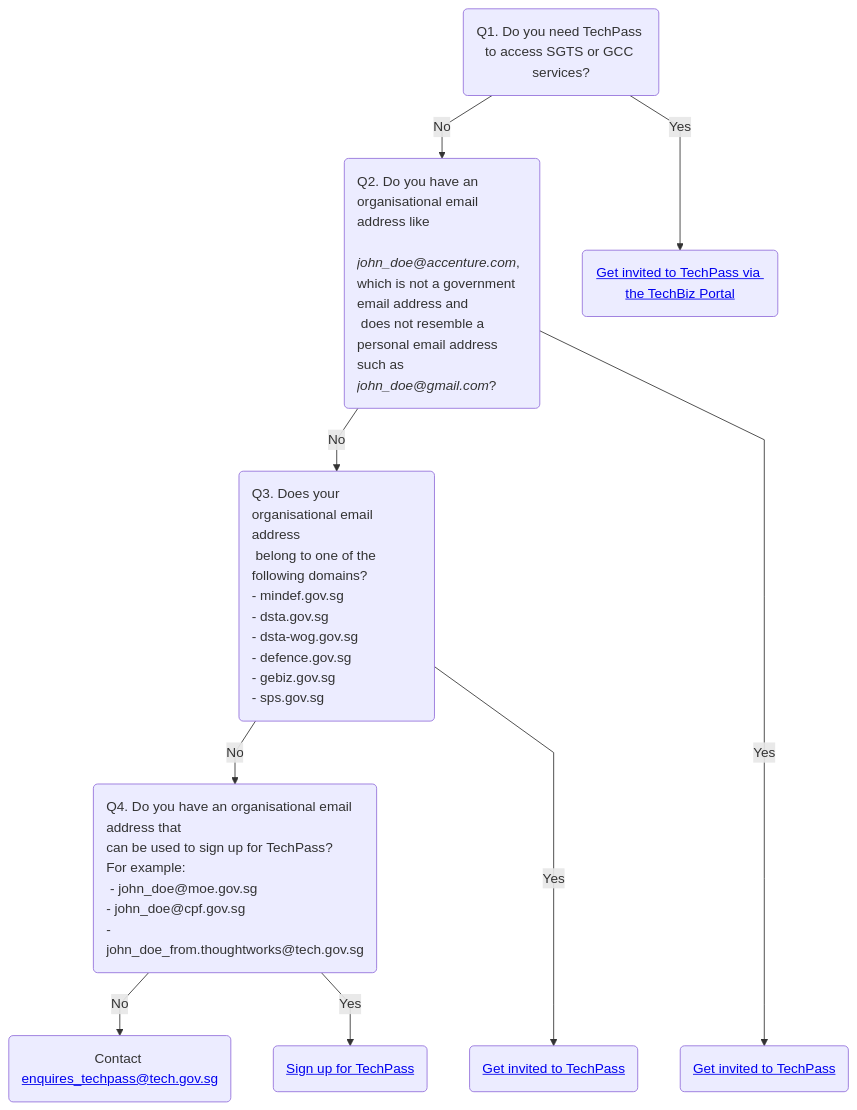
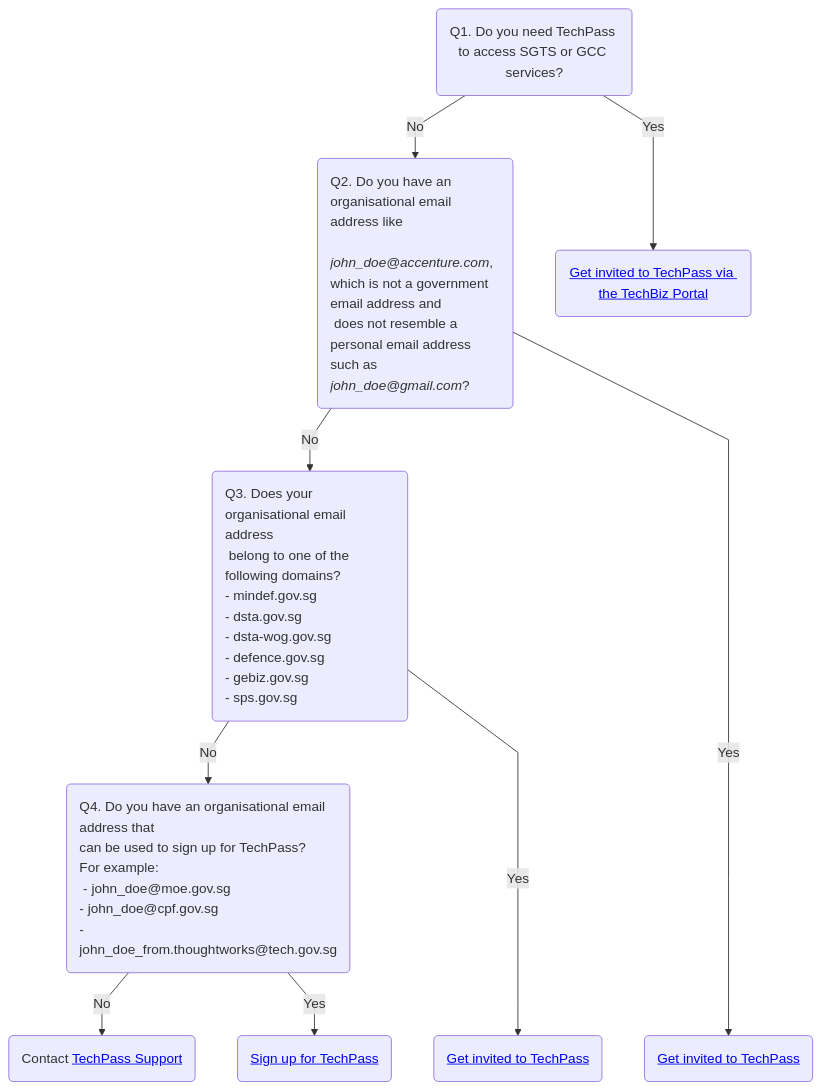
Before and after one commit to GovTechSG/techpass-user-docs: the diagram in docs/onboard-to-techpass.md, drawn with Mermaid.

Commit message:
Update onboard-to-techpass.md
Updated

````diff
--- a/docs/onboard-to-techpass.md
+++ b/docs/onboard-to-techpass.md
@@ -10,12 +10,12 @@
 ```mermaid
 %%{ init: { 'flowchart': { 'curve': 'linear'}} }%%
 flowchart TD
 Z("Q1. Do you need TechPass to access SGTS or GCC services?") --> |No| A("<div style='text-align: left'>Q2. Do you have an organisational email address like<br> <i>john_doe@accenture.com</i>, which is not a government email address and<br> does not resemble a personal email address such as <i>john_doe@gmail.com</i>?")
     Z --> |Yes|Y("<a href='https://docs.developer.tech.gov.sg/docs/techbiz-documentation/techBiz-overview'>Get invited to TechPass via the TechBiz Portal</a>")
     A --> |No| C("<div style='text-align: left'>Q3. Does your organisational email address<br> belong to one of the following domains?<br>- mindef.gov.sg <br>- dsta.gov.sg<br>- dsta-wog.gov.sg<br>- defence.gov.sg<br>- gebiz.gov.sg<br>- sps.gov.sg")
     A ----> |Yes| B("<a href='https://docs.developer.tech.gov.sg/docs/techpass-user-guide/get-invited-and-onboard-to-techpass'>Get invited to TechPass</a>")
     C --> |No| D("<div style='text-align: left'>Q4. Do you have an organisational email address that <br>can be used to sign up for TechPass? <br>For example:<br> - john_doe@moe.gov.sg <br>- john_doe@cpf.gov.sg <br>- john_doe_from.thoughtworks@tech.gov.sg")
     C ---> |Yes| G("<a href='https://docs.developer.tech.gov.sg/docs/techpass-user-guide/get-invited-and-onboard-to-techpass'>Get invited to TechPass</a>")
-    D --> |No| F("Contact <a href='mailto:enquires_techpass@tech.gov.sg'>enquires_techpass@tech.gov.sg</a>")
+    D --> |No| F("Contact <a href='https://go.gov.sg/seed-techpass-support'>TechPass Support</a>")
     D --> |Yes| E("<a href='https://docs.developer.tech.gov.sg/docs/techpass-user-guide/sign-up-and-onboard-to-techpass'>Sign up for TechPass</a>")
 ```
````
